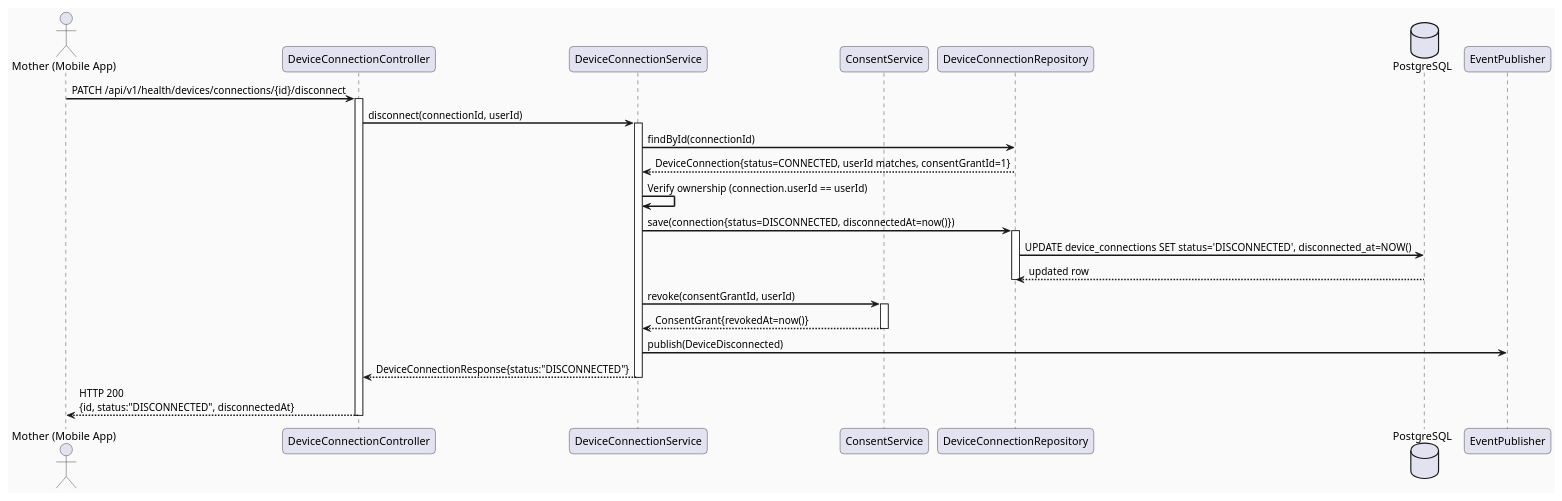
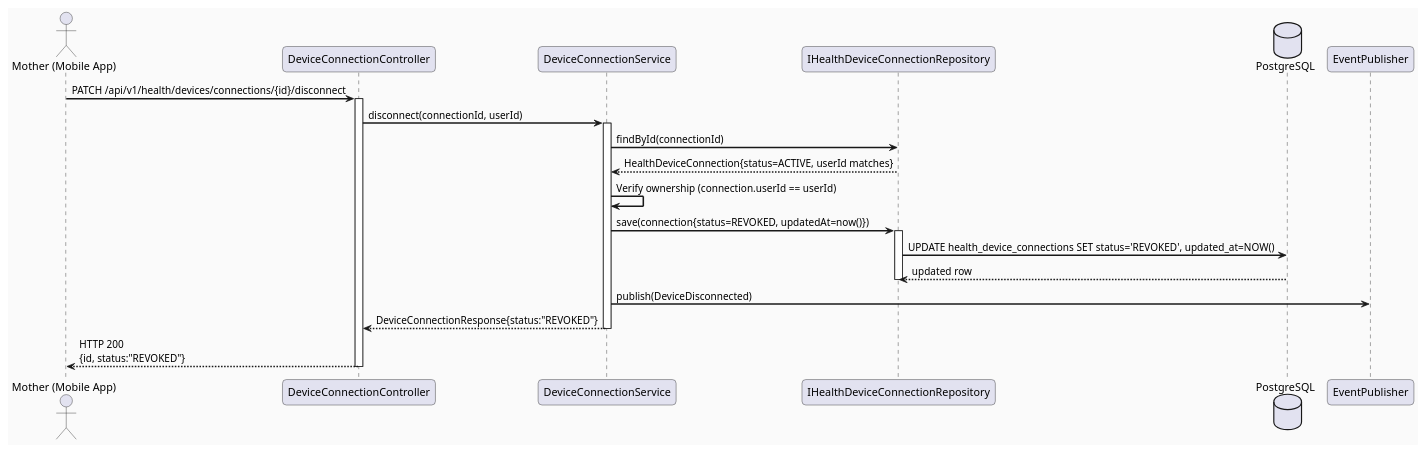
One commit to ChuongBDHE172784/CareBridge_SEP490_G79 changed the second of 3 diagrams in 04_Implement/UC68_DisconnectHealthDevice/UC68_DisconnectHealthDevice_TDS.md. Above: the diagram before and after it, drawn with PlantUML. The commit also changed other lines of this file and 95 other files, not shown here.

````diff
--- a/04_Implement/UC68_DisconnectHealthDevice/UC68_DisconnectHealthDevice_TDS.md
+++ b/04_Implement/UC68_DisconnectHealthDevice/UC68_DisconnectHealthDevice_TDS.md
@@ -207,42 +207,36 @@
 ```plantuml
 @startuml UC68_SequenceDiagram_HappyPath
 skinparam sequenceArrowThickness 2
 skinparam roundcorner 10
 skinparam backgroundColor #FAFAFA
 
 actor       "Mother (Mobile App)" as Client
 participant "DeviceConnectionController" as Controller
 participant "DeviceConnectionService"    as Service
-participant "ConsentService"             as Consent
-participant "DeviceConnectionRepository" as Repository
+participant "IHealthDeviceConnectionRepository" as Repository
 database    "PostgreSQL"                 as DB
 participant "EventPublisher"             as Publisher
 
 Client -> Controller : PATCH /api/v1/health/devices/connections/{id}/disconnect
 activate Controller
 Controller -> Service : disconnect(connectionId, userId)
 activate Service
 
 Service -> Repository : findById(connectionId)
-Repository --> Service : DeviceConnection{status=CONNECTED, userId matches, consentGrantId=1}
+Repository --> Service : HealthDeviceConnection{status=ACTIVE, userId matches}
 Service -> Service : Verify ownership (connection.userId == userId)
 
-Service -> Repository : save(connection{status=DISCONNECTED, disconnectedAt=now()})
+Service -> Repository : save(connection{status=REVOKED, updatedAt=now()})
 activate Repository
-Repository -> DB : UPDATE device_connections SET status='DISCONNECTED', disconnected_at=NOW()
+Repository -> DB : UPDATE health_device_connections SET status='REVOKED', updated_at=NOW()
 DB --> Repository : updated row
 deactivate Repository
 
-Service -> Consent : revoke(consentGrantId, userId)
-activate Consent
-Consent --> Service : ConsentGrant{revokedAt=now()}
-deactivate Consent
-
 Service -> Publisher : publish(DeviceDisconnected)
-Service --> Controller : DeviceConnectionResponse{status:"DISCONNECTED"}
+Service --> Controller : DeviceConnectionResponse{status:"REVOKED"}
 deactivate Service
 
-Controller --> Client : HTTP 200\n{id, status:"DISCONNECTED", disconnectedAt}
+Controller --> Client : HTTP 200\n{id, status:"REVOKED"}
 deactivate Controller
 @enduml
 ```
````
